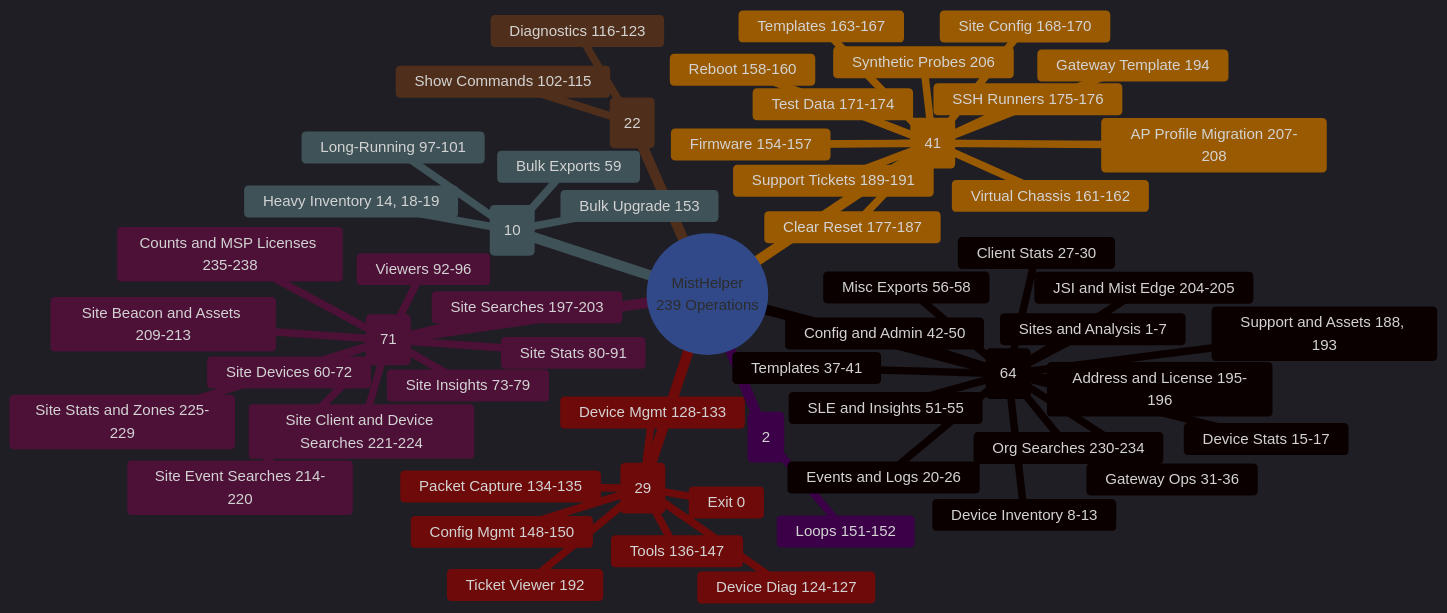
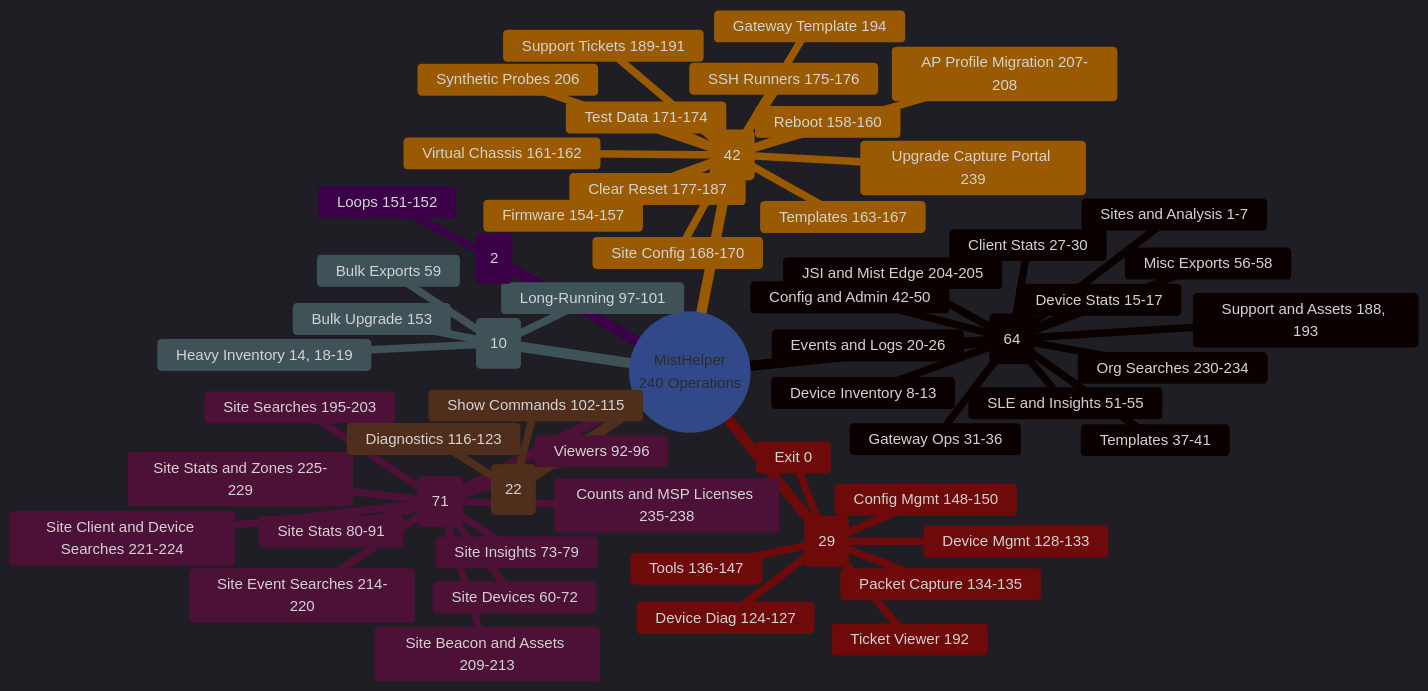
One commit to jmorrison-juniper/MistHelper changed the second of 2 diagrams in README.md. Above: the diagram before and after it, drawn with Mermaid. The commit also changed other lines of this file and 222 other files, not shown here.

First line of the commit message:
feat(web-portal): pre-upgrade and post-upgrade capture portal with comparison (#1823) (#1825)

````diff
--- a/README.md
+++ b/README.md
@@ -138,71 +138,71 @@
 ```mermaid
 %%{init: {'theme': 'dark', 'themeVariables': {
   'primaryColor': '#E20074',
   'primaryTextColor': '#E0E0E0',
   'primaryBorderColor': '#99004D',
   'lineColor': '#FF4DA6',
   'secondaryColor': '#16213E',
   'tertiaryColor': '#1A1A2E',
   'fontFamily': 'ui-monospace, monospace'
 }}}%%
 mindmap
-   root((MistHelper<br/>239 Operations))
+   root((MistHelper<br/>240 Operations))
     Safe Org Exports (64)
       Sites and Analysis 1-7
       Device Inventory 8-13
       Device Stats 15-17
       Events and Logs 20-26
       Client Stats 27-30
       Gateway Ops 31-36
       Templates 37-41
       Config and Admin 42-50
       SLE and Insights 51-55
       Misc Exports 56-58
       Support and Assets 188, 193
-      Address and License 195-196
       JSI and Mist Edge 204-205
       Org Searches 230-234
     Interactive Safe (71)
       Site Devices 60-72
       Site Insights 73-79
       Site Stats 80-91
       Viewers 92-96
-      Site Searches 197-203
+      Site Searches 195-203
       Site Beacon and Assets 209-213
       Site Event Searches 214-220
       Site Client and Device Searches 221-224
       Site Stats and Zones 225-229
       Counts and MSP Licenses 235-238
     Resource Intensive (10)
       Heavy Inventory 14, 18-19
       Bulk Exports 59
       Long-Running 97-101
       Bulk Upgrade 153
     WebSocket (22)
       Show Commands 102-115
       Diagnostics 116-123
     Interactive (29)
       Exit 0
       Device Diag 124-127
       Device Mgmt 128-133
       Packet Capture 134-135
       Tools 136-147
       Config Mgmt 148-150
       Ticket Viewer 192
     Continuous (2)
       Loops 151-152
-    Destructive (41)
+    Destructive (42)
       ::icon(fa fa-warning)
       Firmware 154-157
       Reboot 158-160
       Virtual Chassis 161-162
       Templates 163-167
       Site Config 168-170
       Test Data 171-174
       SSH Runners 175-176
       Clear Reset 177-187
       Support Tickets 189-191
       Gateway Template 194
       Synthetic Probes 206
       AP Profile Migration 207-208
+      Upgrade Capture Portal 239
 ```
````
